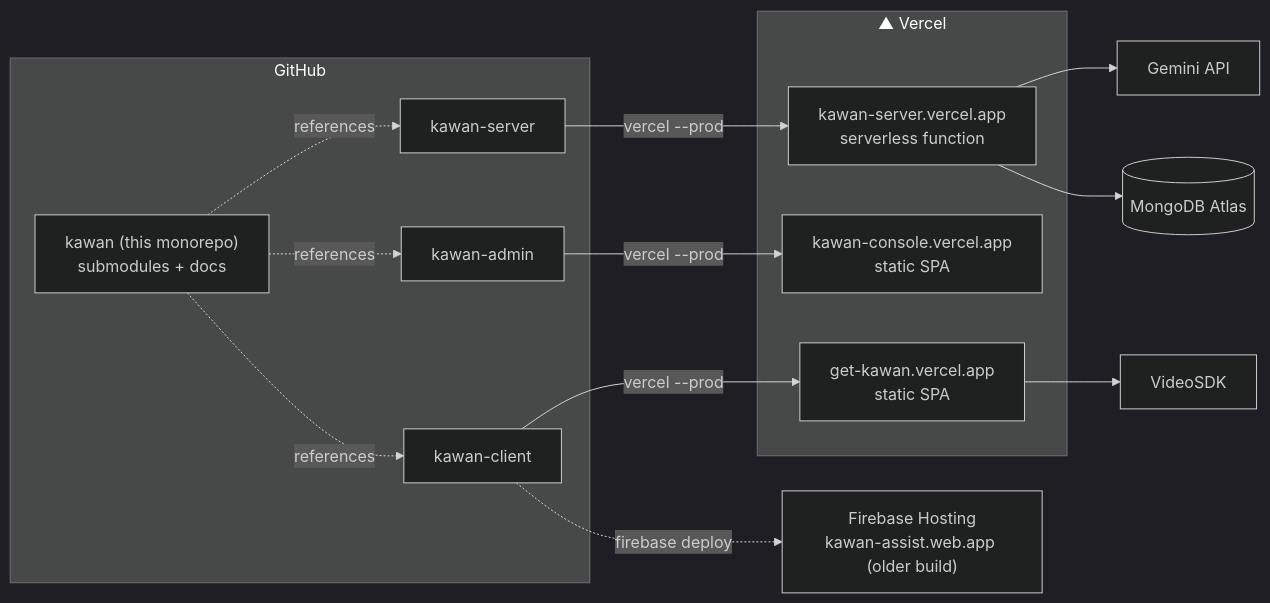
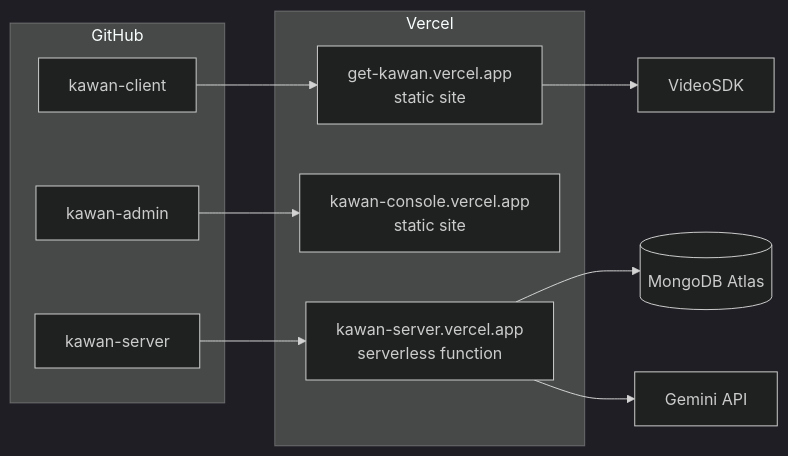
Before and after one commit to mahfuzhasanreza/kawan: the sixth of 6 diagrams in README.md, drawn with Mermaid (dark theme). The commit also changed other lines of this file, not shown here.

Commit message:
chore: update submodule references for client, admin, and server

````diff
--- a/README.md
+++ b/README.md
@@ -323,27 +395,21 @@
 ```mermaid
 flowchart LR
-    subgraph GH["GitHub"]
+    subgraph GitHub
         R1["kawan-client"]
         R2["kawan-admin"]
         R3["kawan-server"]
-        MONO["kawan (this monorepo)<br/>submodules + docs"]
     end
 
-    subgraph VC["▲ Vercel"]
-        V1["get-kawan.vercel.app<br/>static SPA"]
-        V2["kawan-console.vercel.app<br/>static SPA"]
+    subgraph Vercel
+        V1["get-kawan.vercel.app<br/>static site"]
+        V2["kawan-console.vercel.app<br/>static site"]
         V3["kawan-server.vercel.app<br/>serverless function"]
     end
 
-    FBH["Firebase Hosting<br/>kawan-assist.web.app (older build)"]
-
-    R1 -- "vercel --prod" --> V1
-    R1 -. "firebase deploy" .-> FBH
-    R2 -- "vercel --prod" --> V2
-    R3 -- "vercel --prod" --> V3
-    MONO -. "references" .-> R1 & R2 & R3
-
+    R1 --> V1
+    R2 --> V2
+    R3 --> V3
     V3 --> ATLAS[("MongoDB Atlas")]
     V3 --> GEM["Gemini API"]
     V1 --> VSDK["VideoSDK"]
 ```
````
